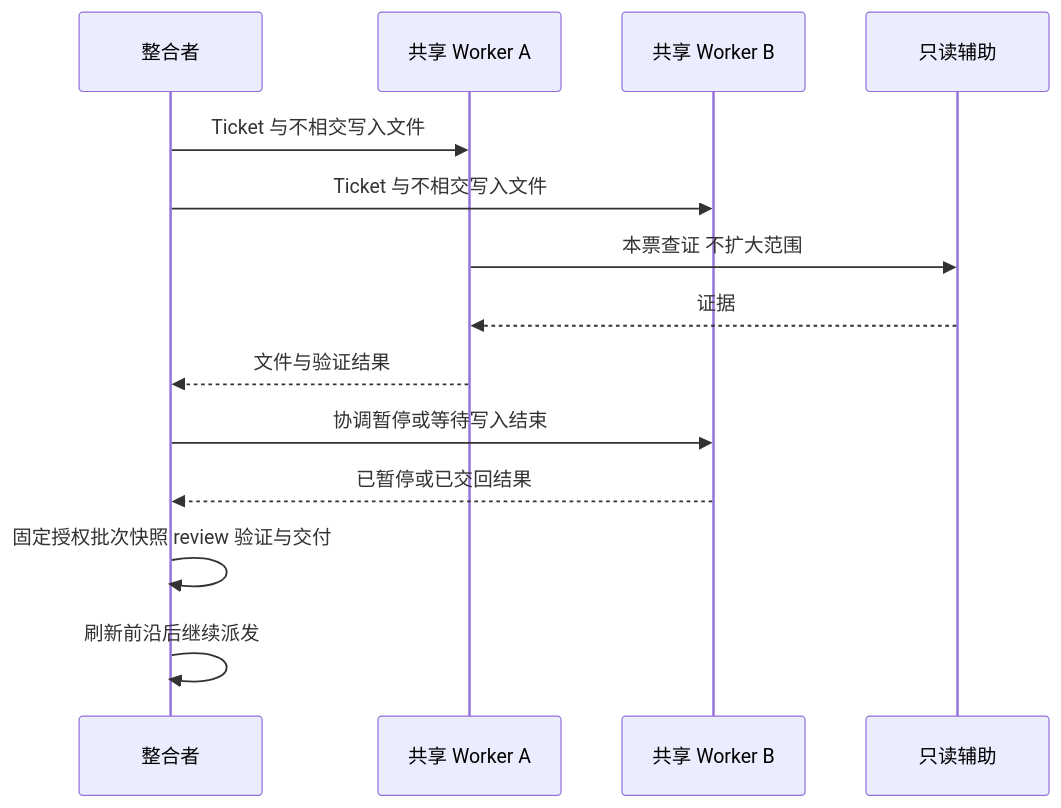
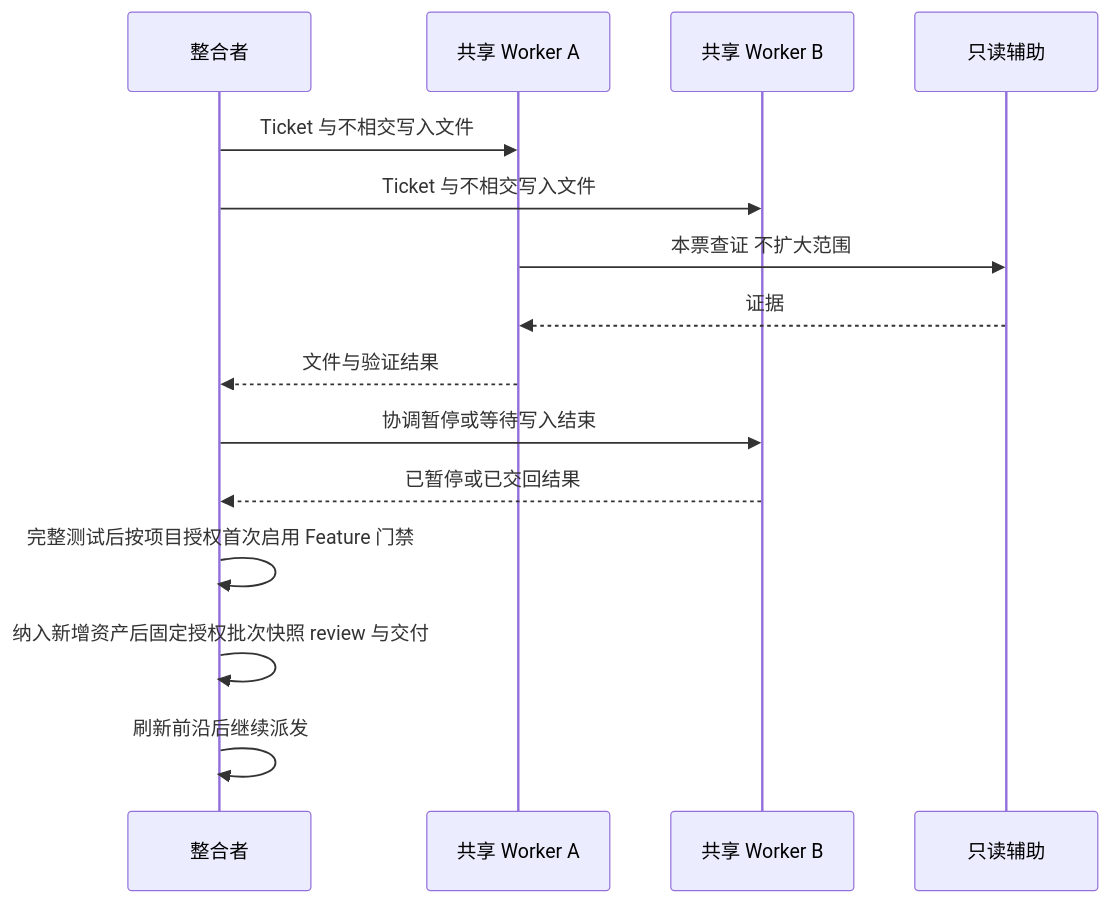
One commit to liu-qingyuan/skills-sync-lqy changed the fourth of 8 diagrams in docs/architecture/spec-implementation.md. Above: the diagram before and after it, drawn with Mermaid. The commit also changed other lines of this file and 15 other files, not shown here.

````diff
--- a/docs/architecture/spec-implementation.md
+++ b/docs/architecture/spec-implementation.md
@@ -48,16 +48,17 @@
 ```mermaid
 sequenceDiagram
     participant C as 整合者
     participant A as 共享 Worker A
     participant B as 共享 Worker B
     participant H as 只读辅助
     C->>A: Ticket 与不相交写入文件
     C->>B: Ticket 与不相交写入文件
     A->>H: 本票查证 不扩大范围
     H-->>A: 证据
     A-->>C: 文件与验证结果
     C->>B: 协调暂停或等待写入结束
     B-->>C: 已暂停或已交回结果
-    C->>C: 固定授权批次快照 review 验证与交付
+    C->>C: 完整测试后按项目授权首次启用 Feature 门禁
+    C->>C: 纳入新增资产后固定授权批次快照 review 与交付
     C->>C: 刷新前沿后继续派发
 ```
````
